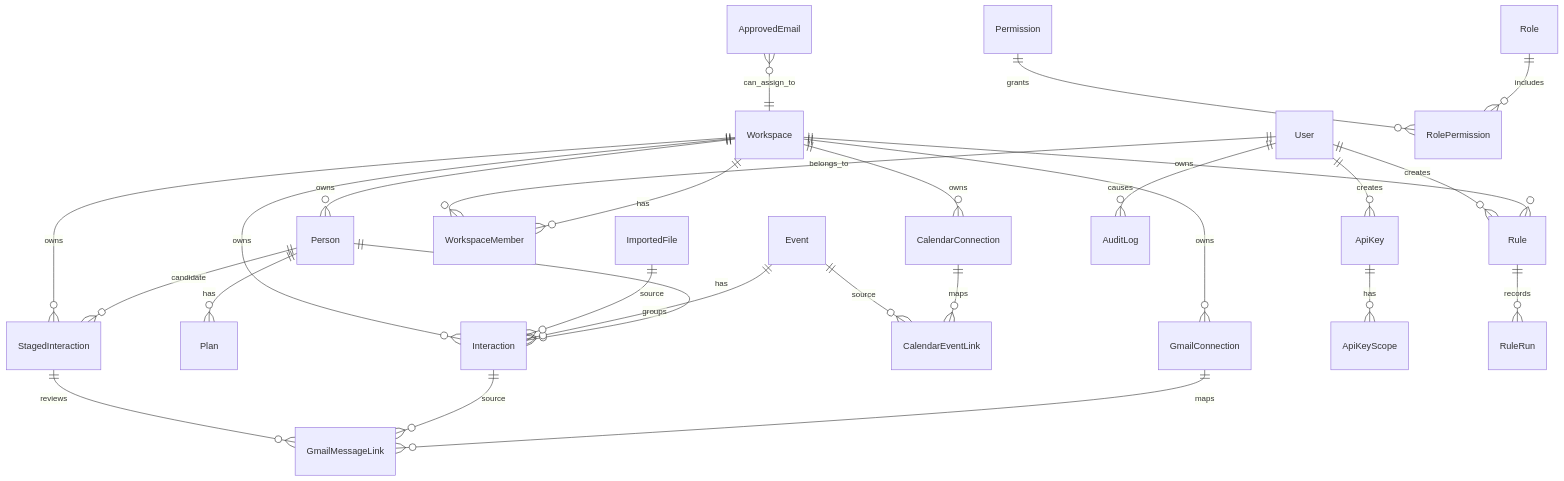
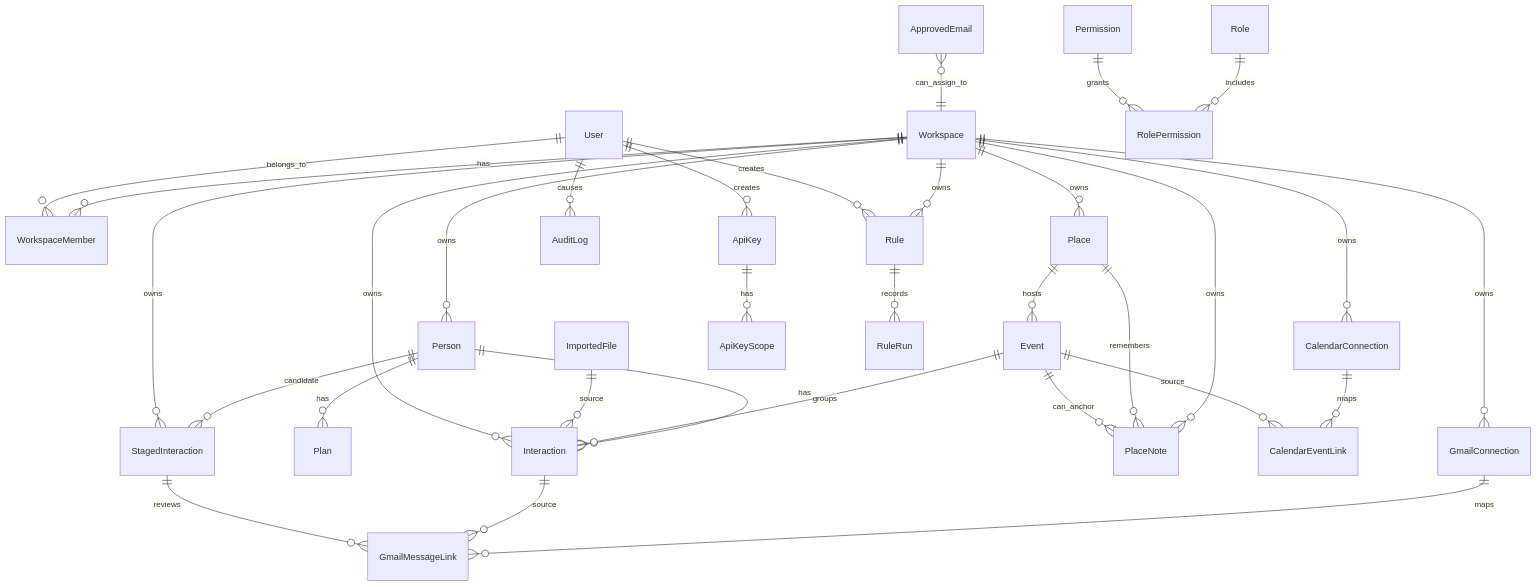
One commit to josephdfryer/life-os changed diagram 15 of 18 in docs/PERSONS_ARCHITECTURE.md. Above: the diagram before and after it, drawn with Mermaid. The commit also changed other lines of this file and 97 other files, not shown here.

````diff
--- a/docs/PERSONS_ARCHITECTURE.md
+++ b/docs/PERSONS_ARCHITECTURE.md
@@ -441,30 +441,35 @@
 ```mermaid
 erDiagram
   Person ||--o{ Interaction : has
   Event ||--o{ Interaction : groups
   Person ||--o{ Plan : has
   Person ||--o{ StagedInteraction : candidate
   ImportedFile ||--o{ Interaction : source
 
   Workspace ||--o{ WorkspaceMember : has
   Workspace ||--o{ Person : owns
+  Workspace ||--o{ Place : owns
+  Workspace ||--o{ PlaceNote : owns
   Workspace ||--o{ Interaction : owns
   Workspace ||--o{ StagedInteraction : owns
   Workspace ||--o{ Rule : owns
   Workspace ||--o{ CalendarConnection : owns
   CalendarConnection ||--o{ CalendarEventLink : maps
   Event ||--o{ CalendarEventLink : source
+  Place ||--o{ Event : hosts
+  Place ||--o{ PlaceNote : remembers
+  Event ||--o{ PlaceNote : can_anchor
   Workspace ||--o{ GmailConnection : owns
   GmailConnection ||--o{ GmailMessageLink : maps
   Interaction ||--o{ GmailMessageLink : source
   StagedInteraction ||--o{ GmailMessageLink : reviews
   ApprovedEmail }o--|| Workspace : can_assign_to
   User ||--o{ ApiKey : creates
   User ||--o{ WorkspaceMember : belongs_to
   User ||--o{ AuditLog : causes
   User ||--o{ Rule : creates
   Role ||--o{ RolePermission : includes
   Permission ||--o{ RolePermission : grants
   ApiKey ||--o{ ApiKeyScope : has
   Rule ||--o{ RuleRun : records
 ```
````
